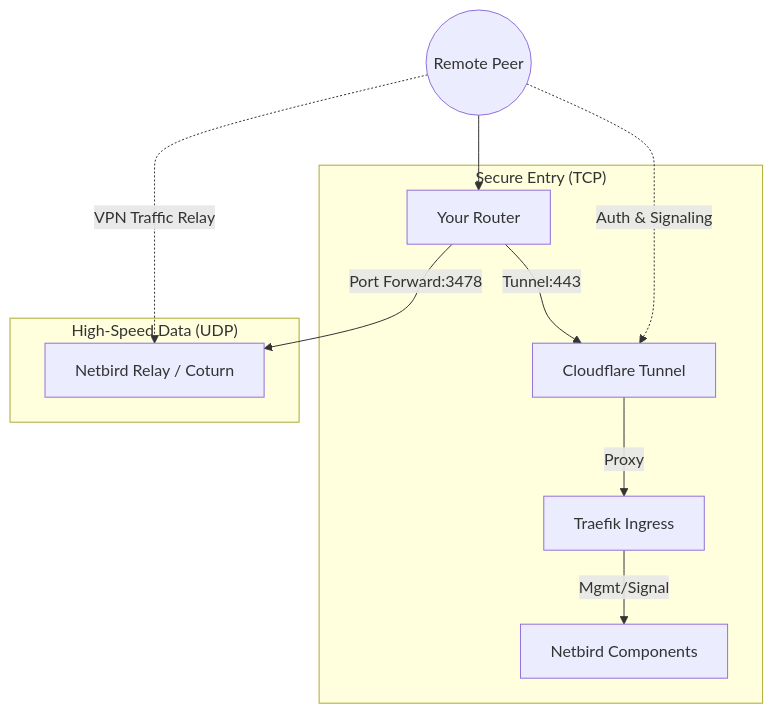
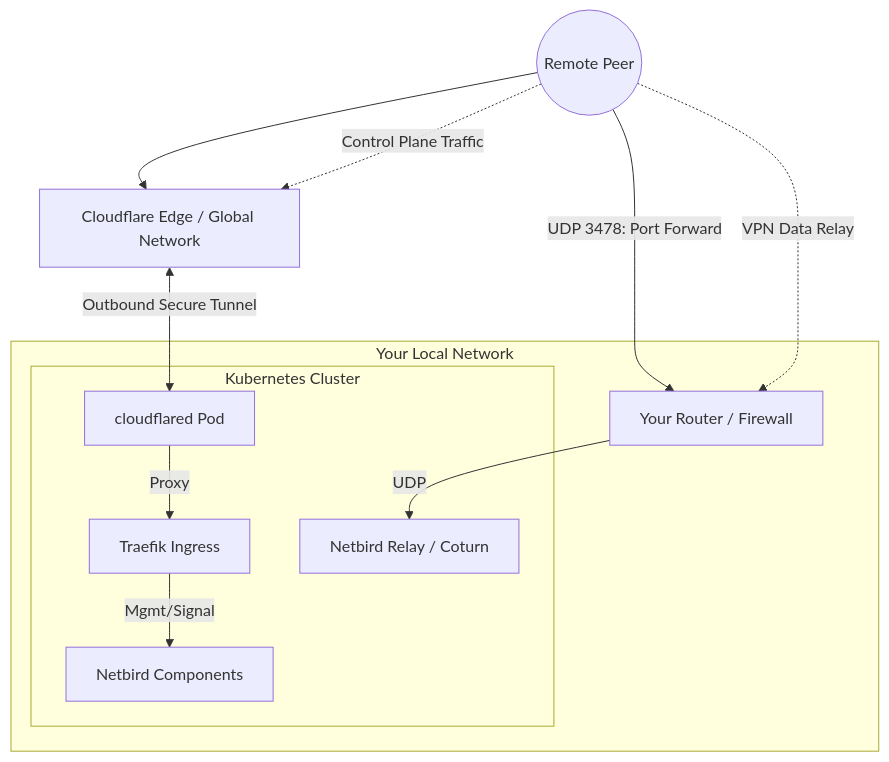
The fourth of 8 diagrams in README.md (jwcrowley/homelab-auth), drawn with Mermaid before and after one commit. The commit also changed other lines of this file, not shown here.

Commit message:
docs: clarify cloudflare tunnel edge vs internal architecture

````diff
--- a/README.md
+++ b/README.md
@@ -130,17 +130,26 @@
 ```mermaid
 graph TD
-    Peer((Remote Peer)) --> Router[Your Router]
+    Peer((Remote Peer)) --> CFEdge[Cloudflare Edge / Global Network]
     
-    subgraph "Secure Entry (TCP)"
-    Router -->|Tunnel:443| CFTunnel[Cloudflare Tunnel]
-    CFTunnel -->|Proxy| Ingress[Traefik Ingress]
-    Ingress -->|Mgmt/Signal| NetbirdAPI[Netbird Components]
+    subgraph "Your Local Network"
+        Router[Your Router / Firewall]
+        subgraph "Kubernetes Cluster"
+            CFPod[cloudflared Pod]
+            Ingress[Traefik Ingress]
+            NetbirdAPI[Netbird Components]
+            Coturn[Netbird Relay / Coturn]
+        end
     end
     
-    subgraph "High-Speed Data (UDP)"
-    Router -->|Port Forward:3478| Coturn[Netbird Relay / Coturn]
-    end
+    %% Secure Path
+    CFEdge <-->|Outbound Secure Tunnel| CFPod
+    CFPod -->|Proxy| Ingress
+    Ingress -->|Mgmt/Signal| NetbirdAPI
     
-    Peer -.->|Auth & Signaling| CFTunnel
-    Peer -.->|VPN Traffic Relay| Coturn
+    %% Data Path
+    Peer -->|UDP 3478: Port Forward| Router
+    Router -->|UDP| Coturn
+    
+    Peer -.->|Control Plane Traffic| CFEdge
+    Peer -.->|VPN Data Relay| Router
 ```
````
